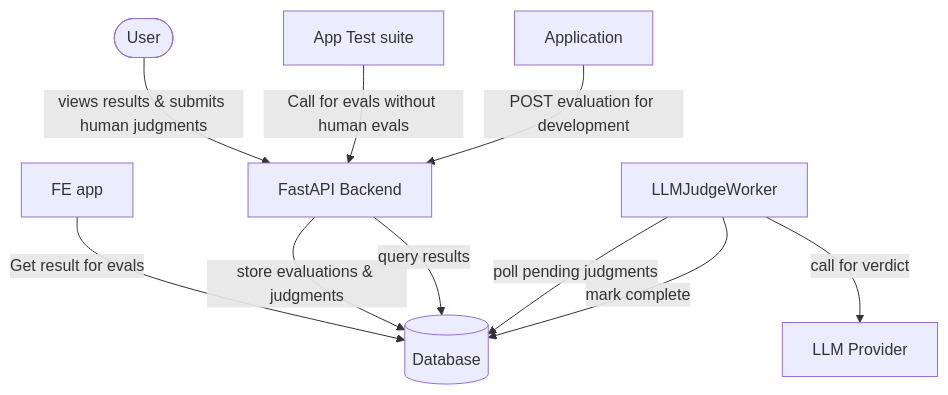
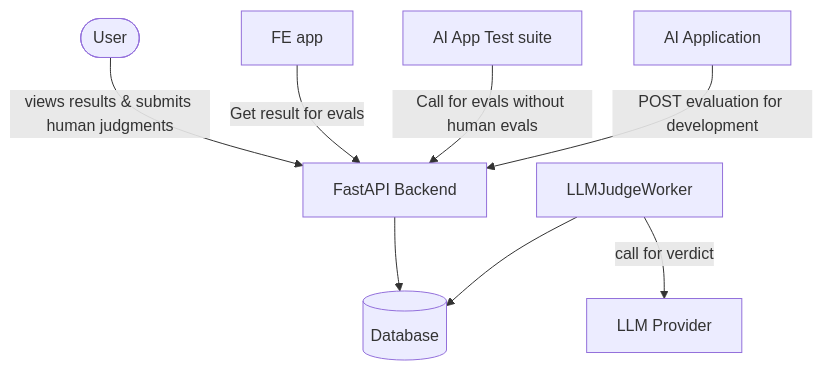
The diagram in architecture.md (cognitai-labs-dev/verdikt), drawn with Mermaid before and after one commit. The commit also changed other lines of this file, not shown here.

Commit message:
simplify diagram

````diff
--- a/architecture.md
+++ b/architecture.md
@@ -45,21 +45,19 @@
 ```mermaid
 flowchart TB
     User([User])
-    App[Application]
+    App[AI Application]
     API[FastAPI Backend]
     DB[(Database)]
     Worker[LLMJudgeWorker]
     LLM[LLM Provider]
-    Frontend["FE app"]
-    TestSuite["App Test suite"]
+    Frontend[FE app]
+    TestSuite[AI App Test suite]
 
     User -->|views results & submits human judgments| API
-    Frontend -->|Get result for evals| DB
+    Frontend -->|Get result for evals| API 
     TestSuite -->|Call for evals without human evals| API
     App -->|POST evaluation for development| API
-    API -->|store evaluations & judgments| DB
-    API -->|query results| DB
-    Worker -->|poll pending judgments| DB
-    Worker -->|mark complete| DB
+    API --> DB
+    Worker --> DB
     Worker -->|call for verdict| LLM
 ```
````
